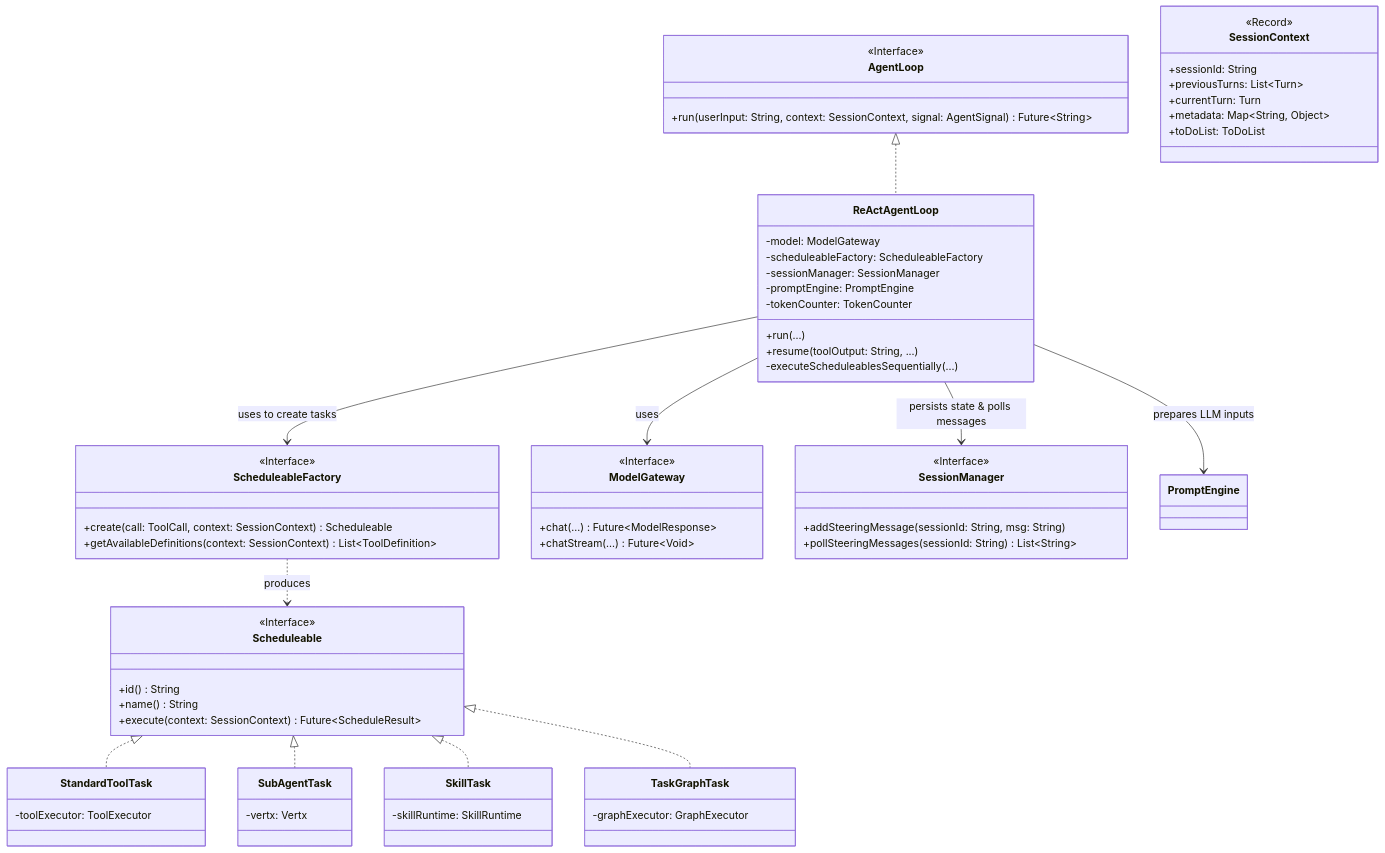
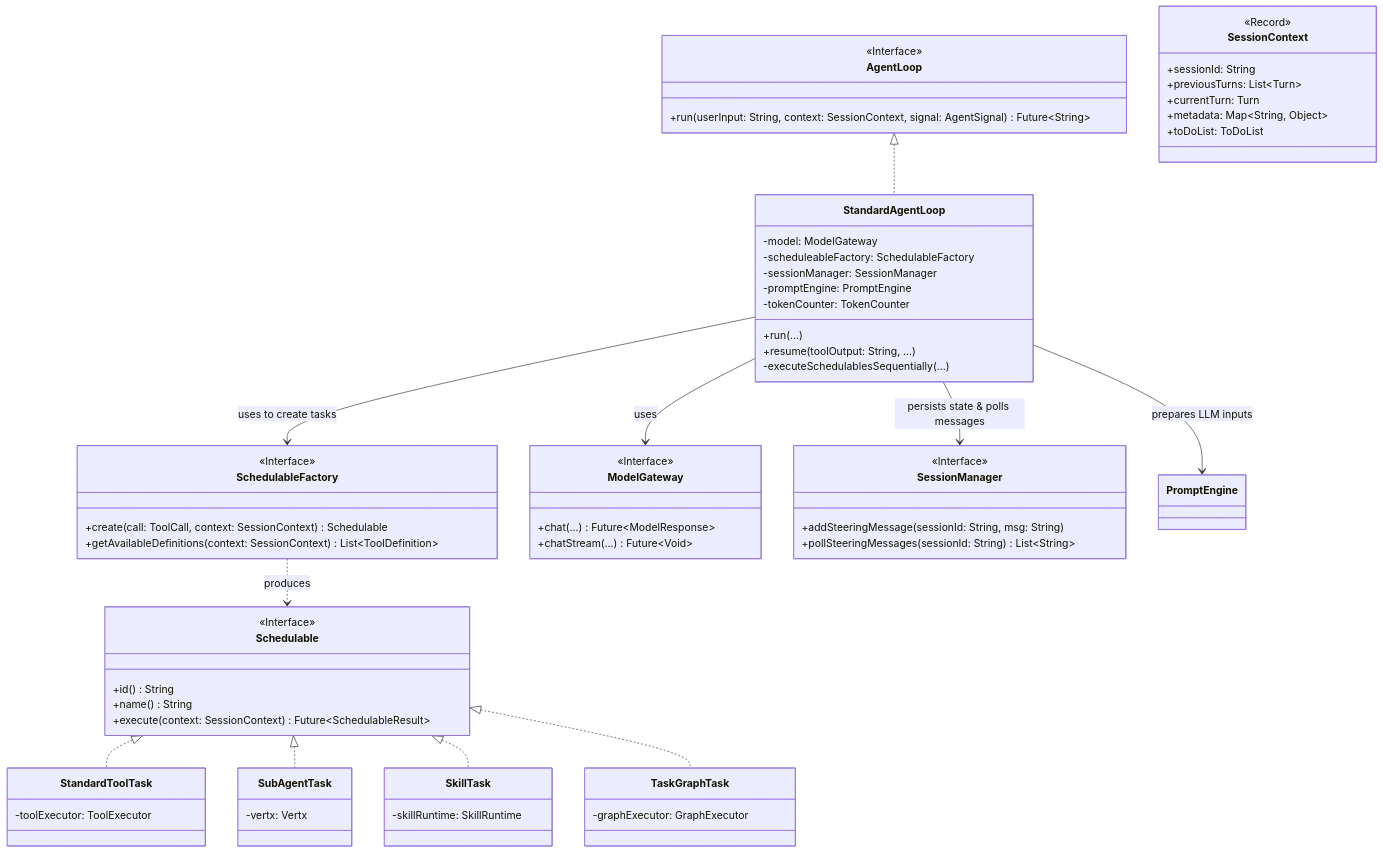
Before and after one commit to stream-iori/ganglia: the first of 3 diagrams in docs/CORE_KERNEL_DESIGN.md, drawn with Mermaid. The commit also changed other lines of this file and 38 other files, not shown here.

Commit message:
refactor(core): rename ReActAgentLoop to StandardAgentLoop and fix Schedulable typo

````diff
--- a/docs/CORE_KERNEL_DESIGN.md
+++ b/docs/CORE_KERNEL_DESIGN.md
@@ -13,79 +13,79 @@
 ```mermaid
 classDiagram
     class AgentLoop {
         <<Interface>>
         +run(userInput: String, context: SessionContext, signal: AgentSignal) Future~String~
     }
     
-    class ReActAgentLoop {
+    class StandardAgentLoop {
         -model: ModelGateway
-        -scheduleableFactory: ScheduleableFactory
+        -scheduleableFactory: SchedulableFactory
         -sessionManager: SessionManager
         -promptEngine: PromptEngine
         -tokenCounter: TokenCounter
         +run(...)
         +resume(toolOutput: String, ...)
-        -executeScheduleablesSequentially(...)
+        -executeSchedulablesSequentially(...)
     }
     
-    AgentLoop <|.. ReActAgentLoop
+    AgentLoop <|.. StandardAgentLoop
     
-    class ScheduleableFactory {
+    class SchedulableFactory {
         <<Interface>>
-        +create(call: ToolCall, context: SessionContext) Scheduleable
+        +create(call: ToolCall, context: SessionContext) Schedulable
         +getAvailableDefinitions(context: SessionContext) List~ToolDefinition~
     }
 
-    class Scheduleable {
+    class Schedulable {
         <<Interface>>
         +id() String
         +name() String
-        +execute(context: SessionContext) Future~ScheduleResult~
+        +execute(context: SessionContext) Future~SchedulableResult~
     }
 
     class StandardToolTask {
         -toolExecutor: ToolExecutor
     }
     class SubAgentTask {
         -vertx: Vertx
     }
     class SkillTask {
         -skillRuntime: SkillRuntime
     }
     class TaskGraphTask {
         -graphExecutor: GraphExecutor
     }
 
-    Scheduleable <|.. StandardToolTask
-    Scheduleable <|.. SubAgentTask
-    Scheduleable <|.. SkillTask
-    Scheduleable <|.. TaskGraphTask
+    Schedulable <|.. StandardToolTask
+    Schedulable <|.. SubAgentTask
+    Schedulable <|.. SkillTask
+    Schedulable <|.. TaskGraphTask
 
-    ReActAgentLoop --> ScheduleableFactory : uses to create tasks
-    ScheduleableFactory ..> Scheduleable : produces
+    StandardAgentLoop --> SchedulableFactory : uses to create tasks
+    SchedulableFactory ..> Schedulable : produces
     
     class ModelGateway {
         <<Interface>>
         +chat(...) Future~ModelResponse~
         +chatStream(...) Future~Void~
     }
     
     class SessionContext {
         <<Record>>
         +sessionId: String
         +previousTurns: List~Turn~
         +currentTurn: Turn
         +metadata: Map~String, Object~
         +toDoList: ToDoList
     }
 
     class SessionManager {
         <<Interface>>
         +addSteeringMessage(sessionId: String, msg: String)
         +pollSteeringMessages(sessionId: String) List~String~
     }
 
-    ReActAgentLoop --> ModelGateway : uses
-    ReActAgentLoop --> SessionManager : persists state & polls messages
-    ReActAgentLoop --> PromptEngine : prepares LLM inputs
+    StandardAgentLoop --> ModelGateway : uses
+    StandardAgentLoop --> SessionManager : persists state & polls messages
+    StandardAgentLoop --> PromptEngine : prepares LLM inputs
 ```
````
